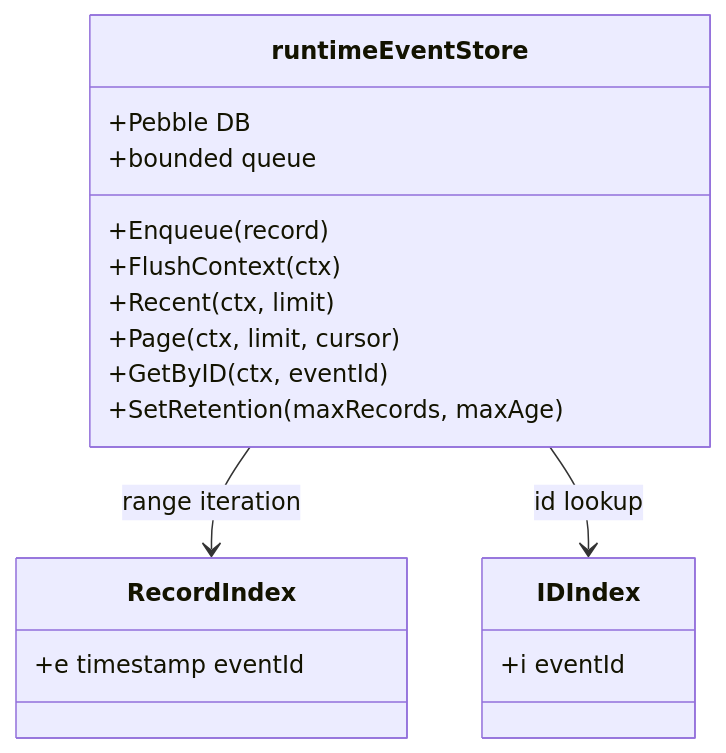
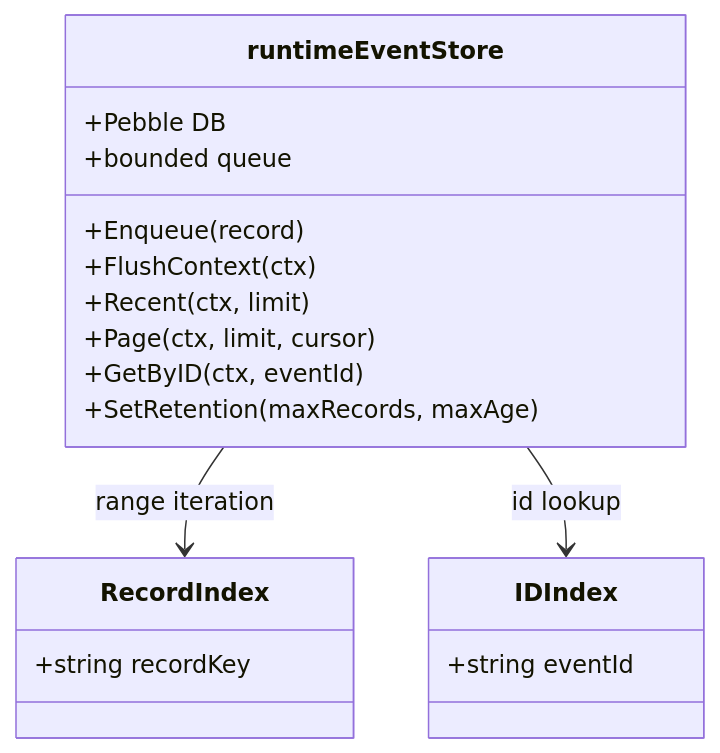
Before and after one commit to stevessr/agent-ebpf-filter: the second of 4 diagrams in docs/technical/storage-internals.md, drawn with Mermaid. The commit also changed 1 other file, not shown here.

Commit message:
docs: group MkDocs technical sections and normalize storage class diagram

````diff
--- a/docs/technical/storage-internals.md
+++ b/docs/technical/storage-internals.md
@@ -25,21 +25,21 @@
 ```mermaid
 classDiagram
   class runtimeEventStore {
     +Pebble DB
     +bounded queue
     +Enqueue(record)
     +FlushContext(ctx)
     +Recent(ctx, limit)
     +Page(ctx, limit, cursor)
     +GetByID(ctx, eventId)
     +SetRetention(maxRecords, maxAge)
   }
   class RecordIndex {
-    +e timestamp eventId
+    +string recordKey
   }
   class IDIndex {
-    +i eventId
+    +string eventId
   }
   runtimeEventStore --> RecordIndex : range iteration
   runtimeEventStore --> IDIndex : id lookup
 ```
````
